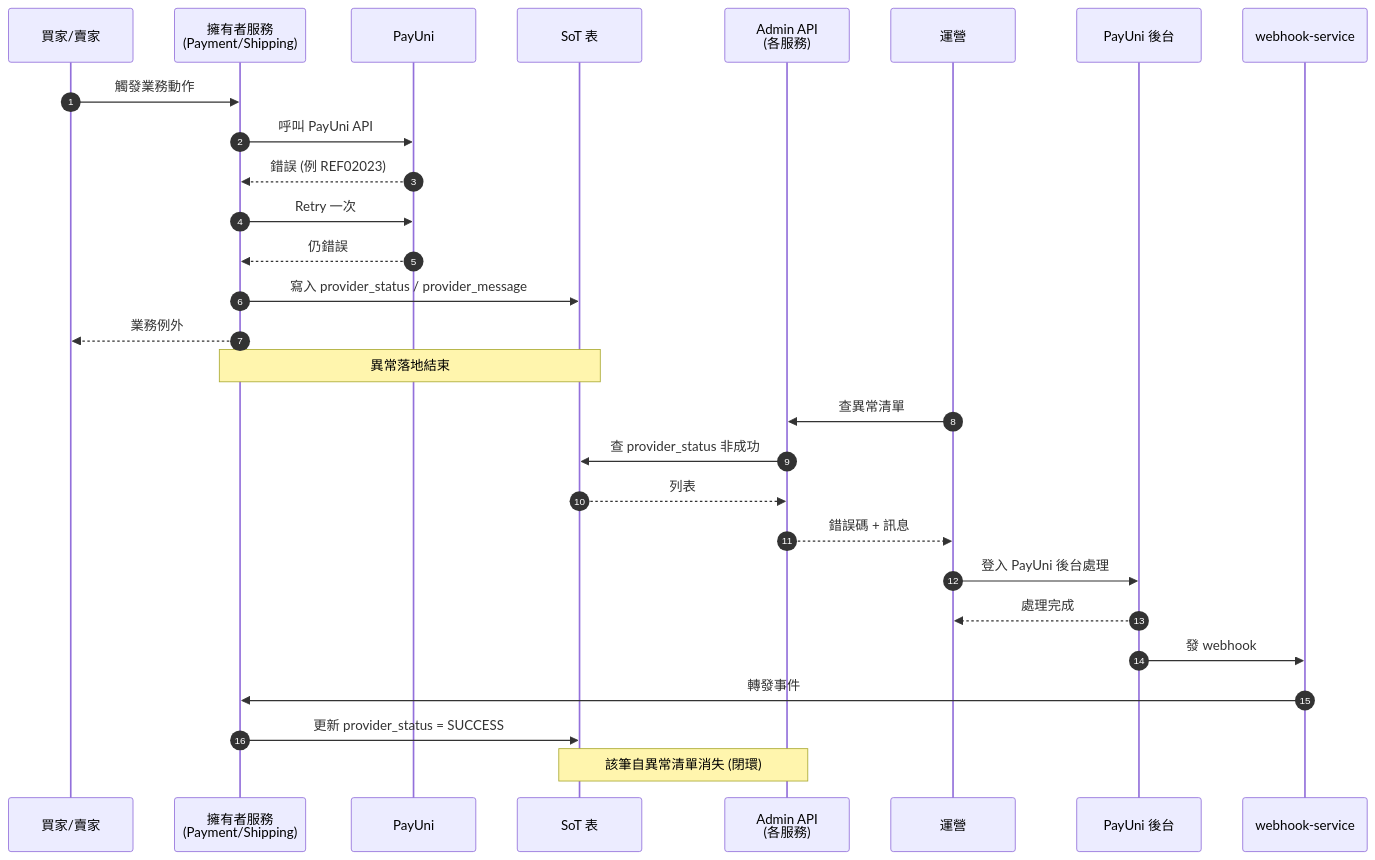
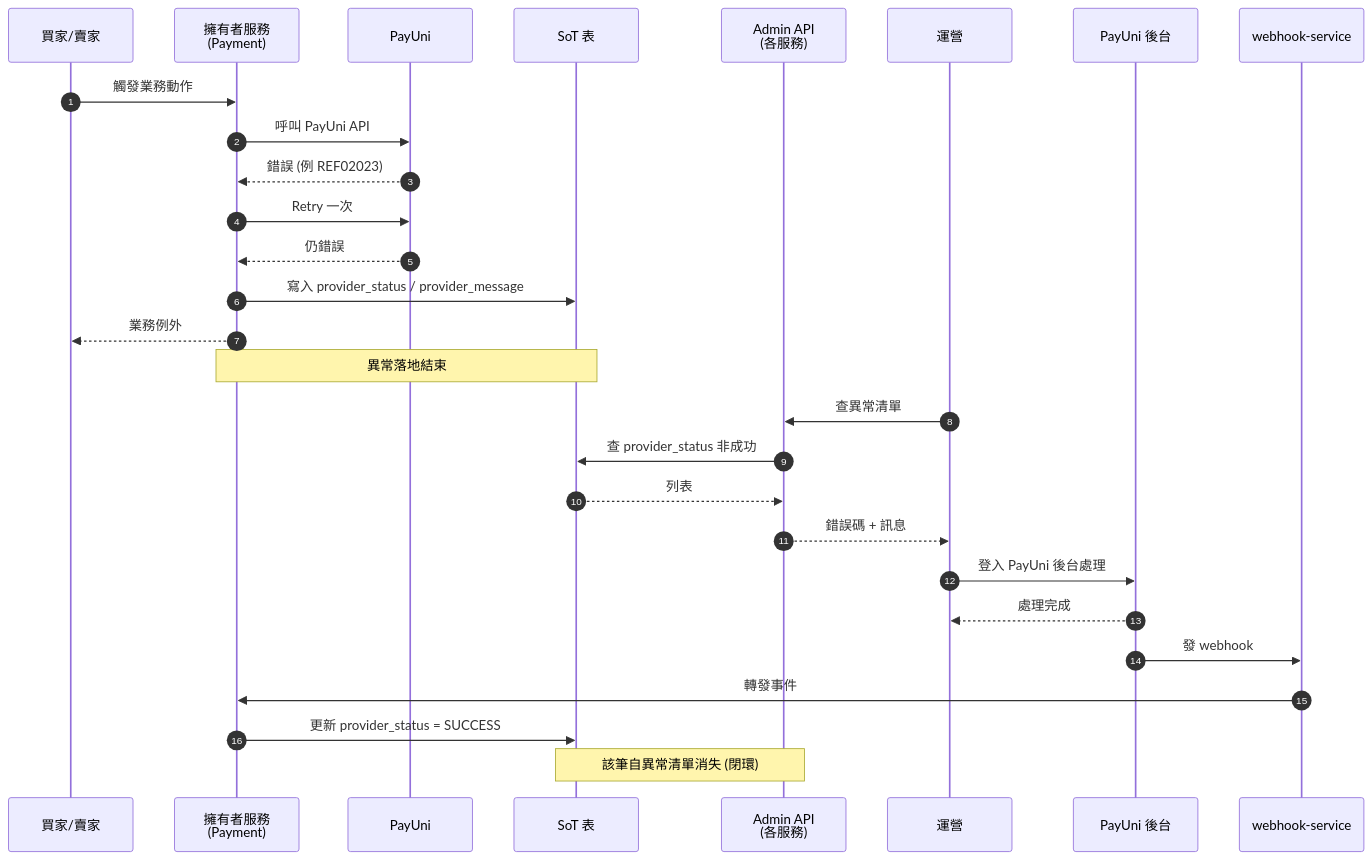
The diagram in backend/docs/開發規範/PayUni 錯誤回應收斂規範.md (Will413028/hawkr), drawn with Mermaid before and after one commit. The commit also changed other lines of this file and 3 other files, not shown here.

````diff
--- a/backend/docs/開發規範/PayUni 錯誤回應收斂規範.md
+++ b/backend/docs/開發規範/PayUni 錯誤回應收斂規範.md
@@ -420,32 +409,32 @@
 ```mermaid
 sequenceDiagram
     autonumber
     participant User as 買家/賣家
-    participant SVC as 擁有者服務<br/>(Payment/Shipping)
+    participant SVC as 擁有者服務<br/>(Payment)
     participant PAY as PayUni
     participant DB as SoT 表
     participant ADMIN as Admin API<br/>(各服務)
     participant OP as 運營
     participant PANEL as PayUni 後台
     participant WH as webhook-service
 
     User->>SVC: 觸發業務動作
     SVC->>PAY: 呼叫 PayUni API
     PAY-->>SVC: 錯誤 (例 REF02023)
     SVC->>PAY: Retry 一次
     PAY-->>SVC: 仍錯誤
     SVC->>DB: 寫入 provider_status / provider_message
     SVC-->>User: 業務例外
     Note over SVC,DB: 異常落地結束
 
     OP->>ADMIN: 查異常清單
     ADMIN->>DB: 查 provider_status 非成功
     DB-->>ADMIN: 列表
     ADMIN-->>OP: 錯誤碼 + 訊息
     OP->>PANEL: 登入 PayUni 後台處理
     PANEL-->>OP: 處理完成
     PANEL->>WH: 發 webhook
     WH->>SVC: 轉發事件
     SVC->>DB: 更新 provider_status = SUCCESS
     Note over ADMIN,DB: 該筆自異常清單消失 (閉環)
 ```
````
